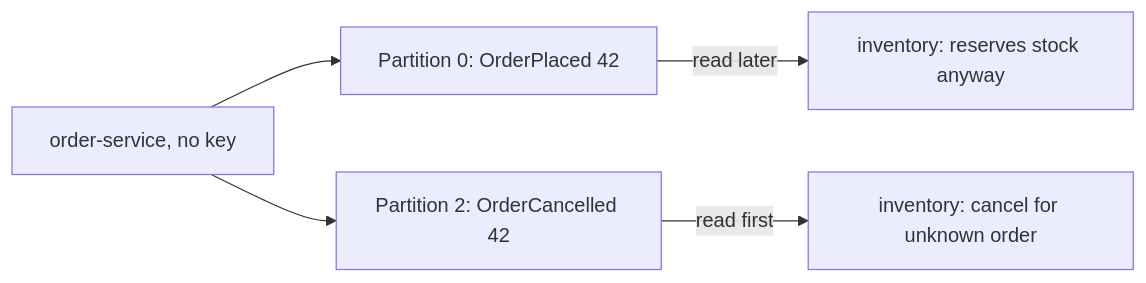
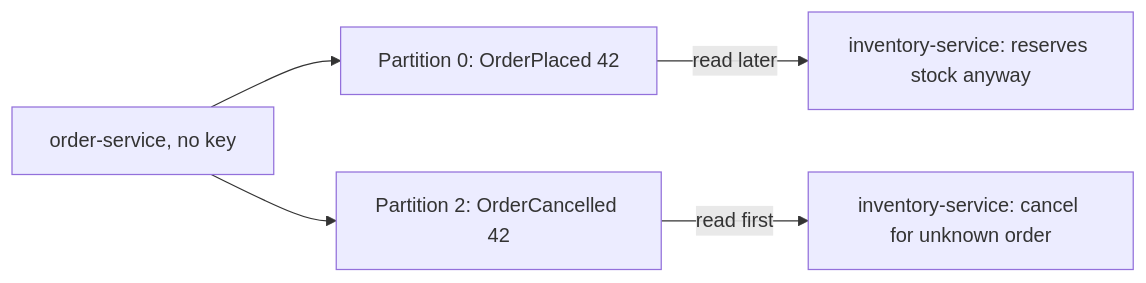
One commit to jubin-techwiz/learning changed the first of 2 diagrams in notes/02-messaging/02-kafka/02-log-topics-partitions-offsets.md. Above: the diagram before and after it, drawn with Mermaid. The commit also changed other lines of this file and 37 other files, not shown here.

````diff
--- a/notes/02-messaging/02-kafka/02-log-topics-partitions-offsets.md
+++ b/notes/02-messaging/02-kafka/02-log-topics-partitions-offsets.md
@@ -26,7 +55,7 @@
 ```mermaid
 flowchart LR
     O[order-service, no key] --> P0[Partition 0: OrderPlaced 42]
     O --> P2[Partition 2: OrderCancelled 42]
-    P2 -->|read first| I[inventory: cancel for unknown order]
-    P0 -->|read later| I2[inventory: reserves stock anyway]
+    P2 -->|read first| I[inventory-service: cancel for unknown order]
+    P0 -->|read later| I2[inventory-service: reserves stock anyway]
 ```
````
